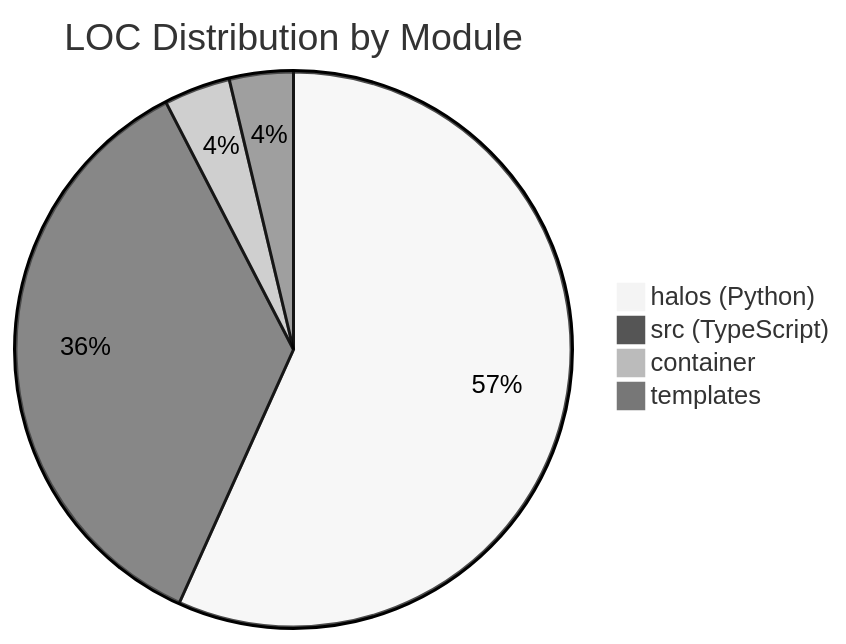
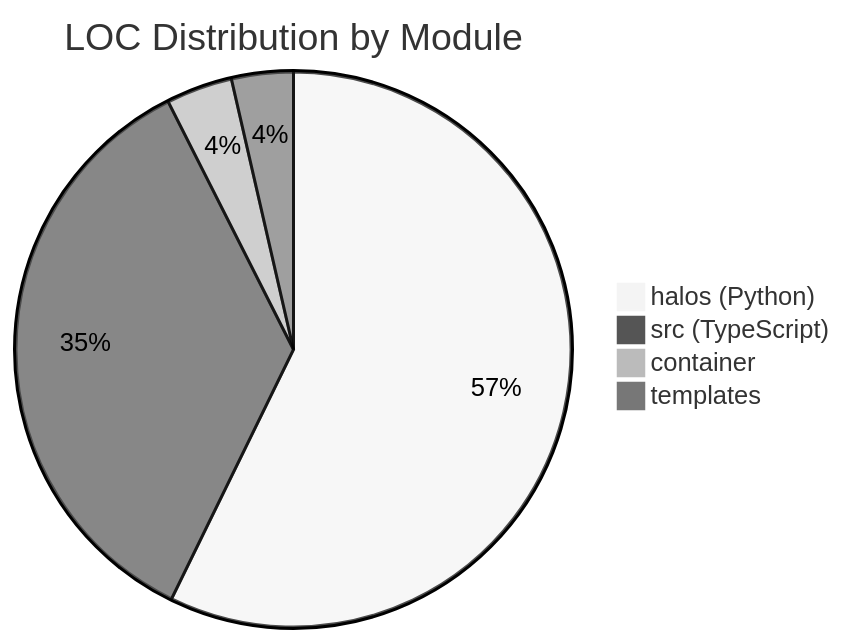
Before and after one commit to rickhallett/halo: the first of 2 diagrams in docs/d1/walkthrough/001-codebase-census.md, drawn with Mermaid (neutral theme). The commit also changed other lines of this file and 10 other files, not shown here.

First line of the commit message:
docs: walkthrough drift audit + system schematic in CLAUDE.md

````diff
--- a/docs/d1/walkthrough/001-codebase-census.md
+++ b/docs/d1/walkthrough/001-codebase-census.md
@@ -9,8 +9,8 @@
 ```mermaid
 %%{init: {"pie": {"textPosition": 0.75}}}%%
 pie title LOC Distribution by Module
-    "halos (Python)" : 16471
-    "src (TypeScript)" : 10358
-    "container" : 1122
+    "halos (Python)" : 17200
+    "src (TypeScript)" : 10610
+    "container" : 1160
     "templates" : 1079
 ```
````
